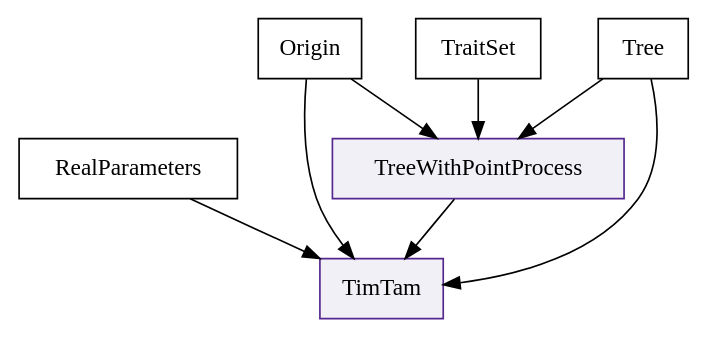
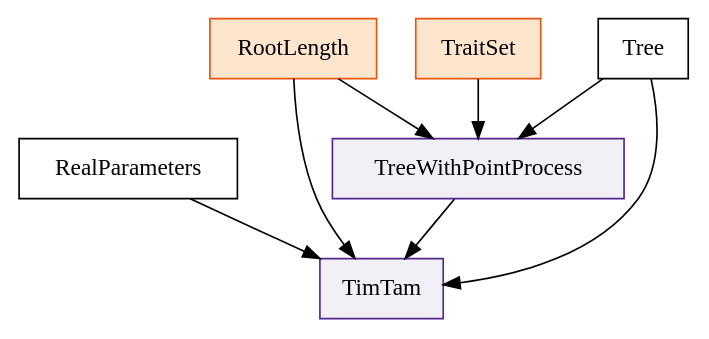
Before and after one commit to aezarebski/timtam2: the diagram in example-dag.dot, drawn with Graphviz. The commit also changed 6 other files, not shown here.

```diff
--- a/example-dag.dot
+++ b/example-dag.dot
@@ -1,22 +1,28 @@
 digraph G {
   TimTam [shape=box,
           style=filled,
           color="#54278f",
           fillcolor="#f2f0f7"];
   RealParameters [shape=box];
   TreeWithPointProcess [shape=box,
                         style=filled,
                         color="#54278f",
                         fillcolor="#f2f0f7"];
-  TraitSet [shape=box];
-  Origin [shape=box];
+  TraitSet [shape=box,
+            style=filled,
+            color="#e6550d",
+            fillcolor="#fee6ce"];
+  RootLength [shape=box,
+              style=filled,
+              color="#e6550d",
+              fillcolor="#fee6ce"];
   Tree [shape=box];
 
-  Origin -> TimTam;
-  Origin -> TreeWithPointProcess;
+  RootLength -> TimTam;
+  RootLength -> TreeWithPointProcess;
   TraitSet -> TreeWithPointProcess;
   TreeWithPointProcess -> TimTam;
   RealParameters -> TimTam;
   Tree -> TreeWithPointProcess;
   Tree -> TimTam;
 }
```
